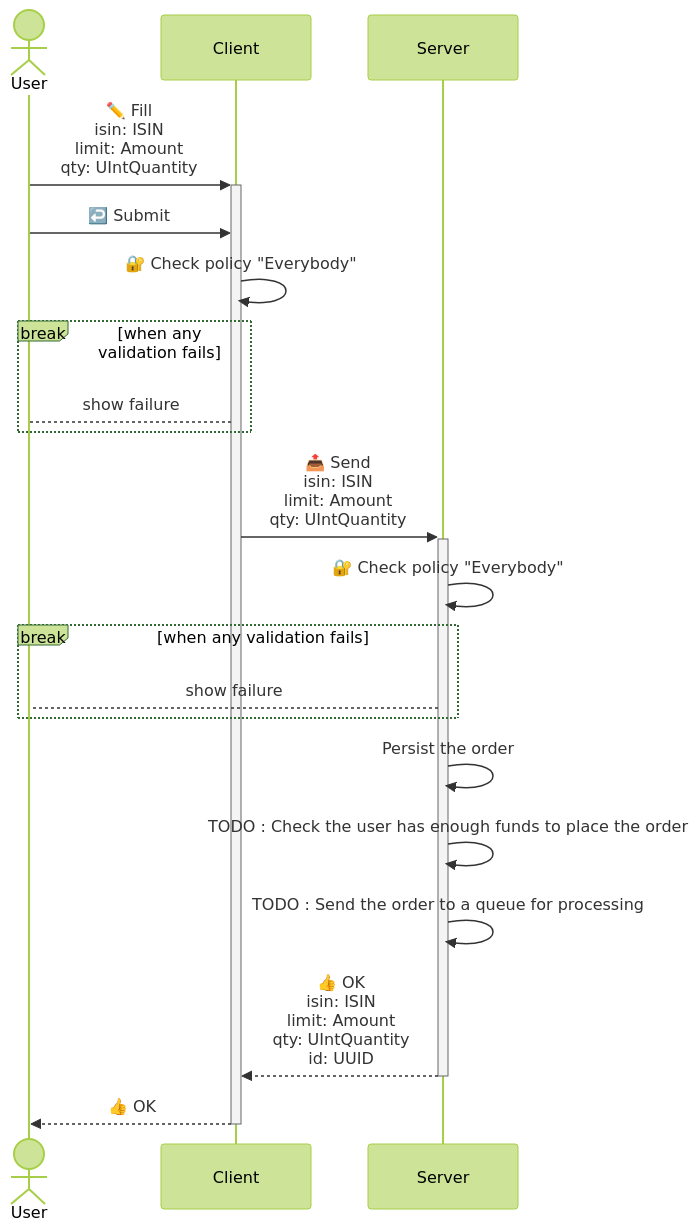
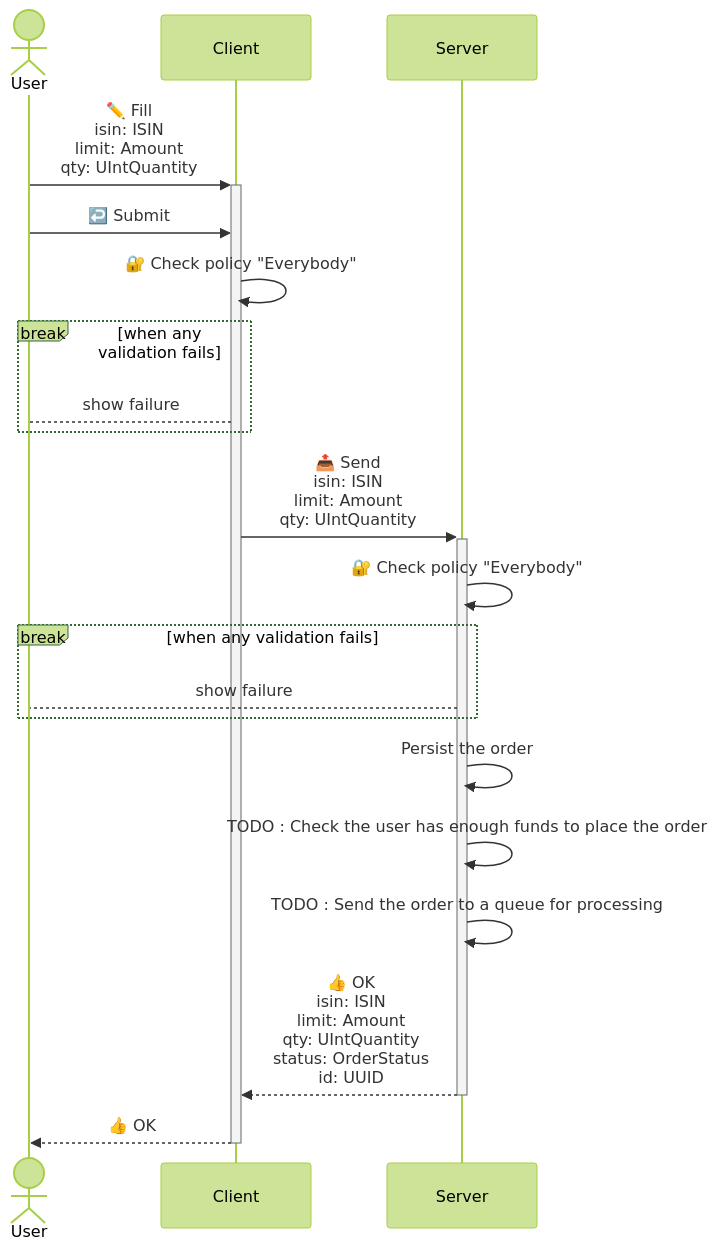
The first of 3 diagrams in examples/supertrader/src/apps/Trading/README.md (c100k/libmodulor), drawn with Mermaid (forest theme) before and after one commit. The commit also changed other lines of this file and 20 other files, not shown here.

````diff
--- a/examples/supertrader/src/apps/Trading/README.md
+++ b/examples/supertrader/src/apps/Trading/README.md
@@ -13,20 +13,20 @@
 ```mermaid
 sequenceDiagram
     actor User
     User->>+Client: ✏️ Fill<br/>isin: ISIN<br/>limit: Amount<br/>qty: UIntQuantity
     User->>Client: ↩️ Submit
     Client->>Client: 🔐 Check policy "Everybody"
     break when any validation fails
         Client-->User: show failure
     end
     Client->>+Server: 📤 Send<br/>isin: ISIN<br/>limit: Amount<br/>qty: UIntQuantity
     Server->>Server: 🔐 Check policy "Everybody"
     break when any validation fails
         Server-->User: show failure
     end
     Server->>Server: Persist the order
     Server->>Server: TODO : Check the user has enough funds to place the order
     Server->>Server: TODO : Send the order to a queue for processing
-    Server-->>-Client: 👍 OK<br/>isin: ISIN<br/>limit: Amount<br/>qty: UIntQuantity<br/>id: UUID
+    Server-->>-Client: 👍 OK<br/>isin: ISIN<br/>limit: Amount<br/>qty: UIntQuantity<br/>status: OrderStatus<br/>id: UUID
     Client-->>-User: 👍 OK
 ```
````
